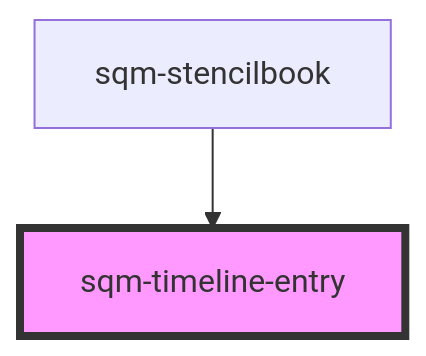
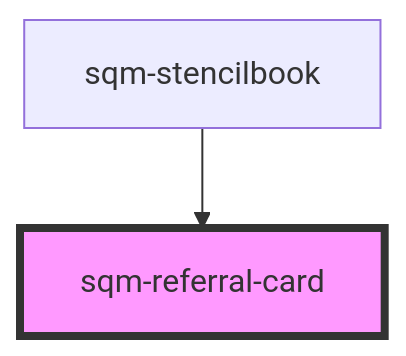
Before and after one commit to saasquatch/program-tools: the diagram in packages/mint-components/src/components/sqm-referral-card/readme.md, drawn with Mermaid. The commit also changed other lines of this file and 14 other files, not shown here.

````diff
--- a/packages/mint-components/src/components/sqm-referral-card/readme.md
+++ b/packages/mint-components/src/components/sqm-referral-card/readme.md
@@ -26,5 +23,5 @@
 ```mermaid
 graph TD;
-  sqm-stencilbook --> sqm-timeline-entry
-  style sqm-timeline-entry fill:#f9f,stroke:#333,stroke-width:4px
+  sqm-stencilbook --> sqm-referral-card
+  style sqm-referral-card fill:#f9f,stroke:#333,stroke-width:4px
 ```
````
